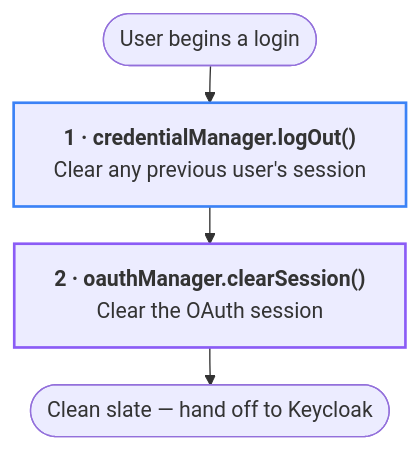
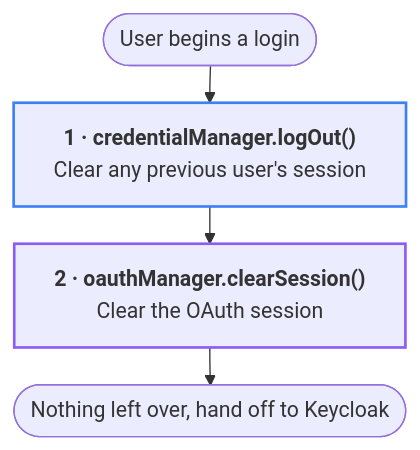
The third of 11 diagrams in docs/user-onboarding.md (Yash-Wadatkar-Binaryveda/sdk-docs-site), drawn with Mermaid before and after one commit. The commit also changed other lines of this file and 3 other files, not shown here.

````diff
--- a/docs/user-onboarding.md
+++ b/docs/user-onboarding.md
@@ -110,13 +111,13 @@
     ```mermaid
     %%{init:{"flowchart":{"wrappingWidth":540,"nodeSpacing":24,"rankSpacing":28}}}%%
     flowchart TD
         S(["User begins a login"]) --> N1
         N1["<b>1 · credentialManager.logOut()</b><br/>Clear any previous user's session"]
         N1 --> N2["<b>2 · oauthManager.clearSession()</b><br/>Clear the OAuth session"]
-        N2 --> E(["Clean slate — hand off to Keycloak"])
+        N2 --> E(["Nothing left over, hand off to Keycloak"])
 
         classDef sdkOauth stroke:#8b5cf6,stroke-width:2px
         classDef sdkAccess stroke:#3b82f6,stroke-width:2px
         class N2 sdkOauth
         class N1 sdkAccess
     ```
````
